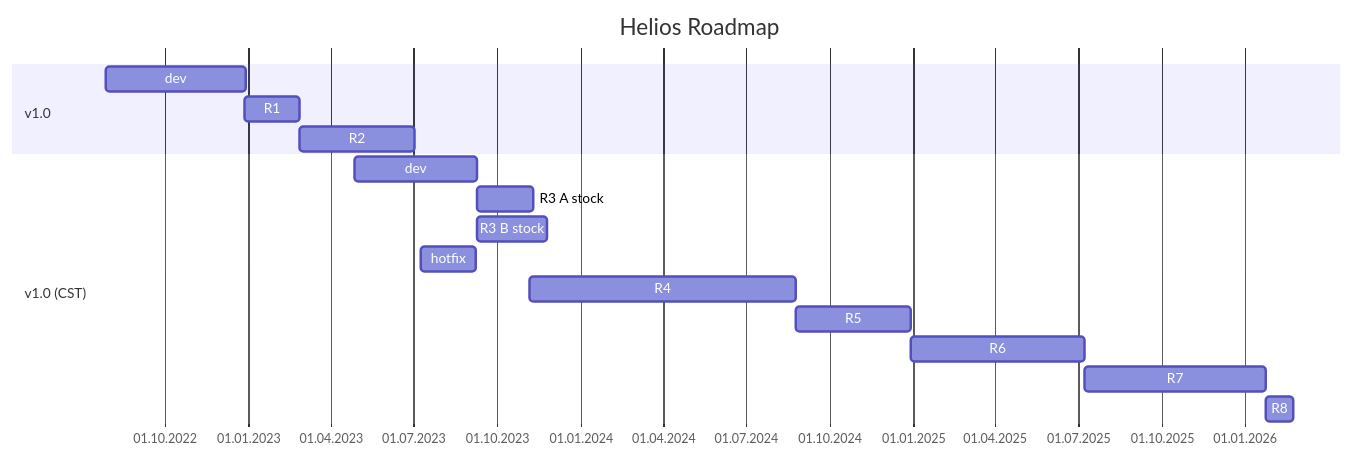
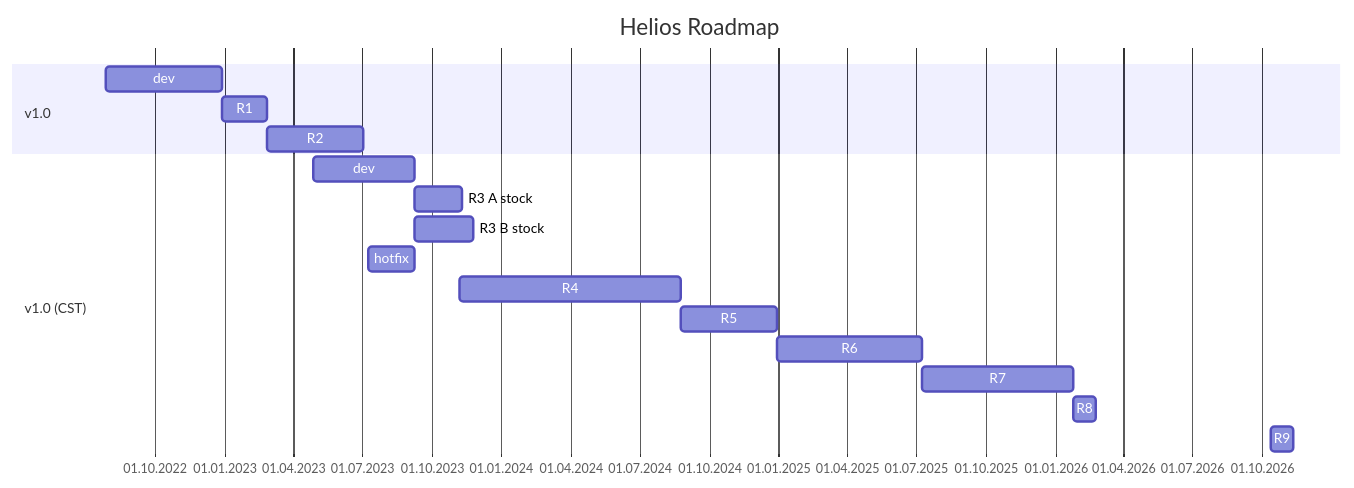
Before and after one commit to 0xCB-dev/docs.keeb.supply: the diagram in content/instructions/0xcb-helios/infos/index.md, drawn with Mermaid. The commit also changed other lines of this file, not shown here.

````diff
--- a/content/instructions/0xcb-helios/infos/index.md
+++ b/content/instructions/0xcb-helios/infos/index.md
@@ -36,24 +37,25 @@
 ```mermaid
 
 
 
 gantt
     title Helios Roadmap
     todayMarker off
     dateFormat  YYYY-MM-DD
     axisFormat %d.%m.%Y
     section v1.0
     dev                         :2022-07-28, 22w
     R1                          :2022-12-28, 2023-02-26
     R2                          :2023-02-26, 2023-07-02
     section v1.0 (CST)
     dev                         :2023-04-28, 2023-09-09
     R3 A stock                  :2023-09-09, 2023-11-10
     R3 B stock                  :2023-09-09, 2023-11-25
     hotfix                      :2023-07-10, 60d
     R4                          :2023-11-06, 2024-08-25
     R5                          :2024-08-25, 2024-12-30
     R6                          :2024-12-30, 2025-07-09
     R7                          :2025-07-09, 2026-01-24
     R8                          :2026-01-24, 30d
+    R9                          :2026-10-12, 30d
 ```
````
